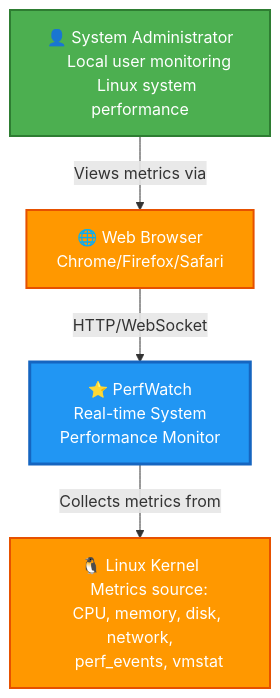
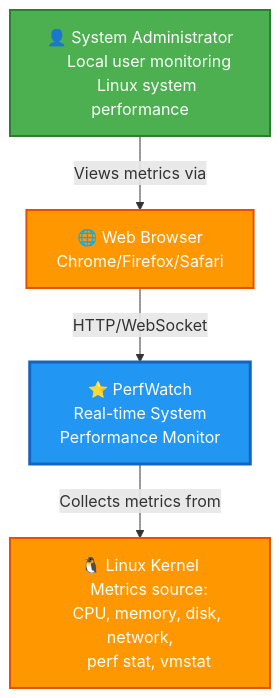
Before and after one commit to zhyndalf/perfwatch: the diagram in docs/diagrams/architects/c4-system-context.md, drawn with Mermaid. The commit also changed other lines of this file and 52 other files, not shown here.

Commit message:
refactor: perf stat collector and docs sync

````diff
--- a/docs/diagrams/architects/c4-system-context.md
+++ b/docs/diagrams/architects/c4-system-context.md
@@ -11,27 +11,27 @@
 ```mermaid
 flowchart TB
     User["👤 System Administrator
     Local user monitoring
     Linux system performance"]
 
     PerfWatch["⭐ PerfWatch
     Real-time System
     Performance Monitor"]
 
     Browser["🌐 Web Browser
     Chrome/Firefox/Safari"]
 
     LinuxKernel["🐧 Linux Kernel
     Metrics source:
     CPU, memory, disk, network,
-    perf_events, vmstat"]
+    perf stat, vmstat"]
 
     User -->|Views metrics via| Browser
     Browser -->|HTTP/WebSocket| PerfWatch
     PerfWatch -->|Collects metrics from| LinuxKernel
 
     style User fill:#4CAF50,stroke:#2E7D32,stroke-width:2px,color:#fff
     style PerfWatch fill:#2196F3,stroke:#1565C0,stroke-width:3px,color:#fff
     style Browser fill:#FF9800,stroke:#E65100,stroke-width:2px,color:#fff
     style LinuxKernel fill:#FF9800,stroke:#E65100,stroke-width:2px,color:#fff
 ```
````
